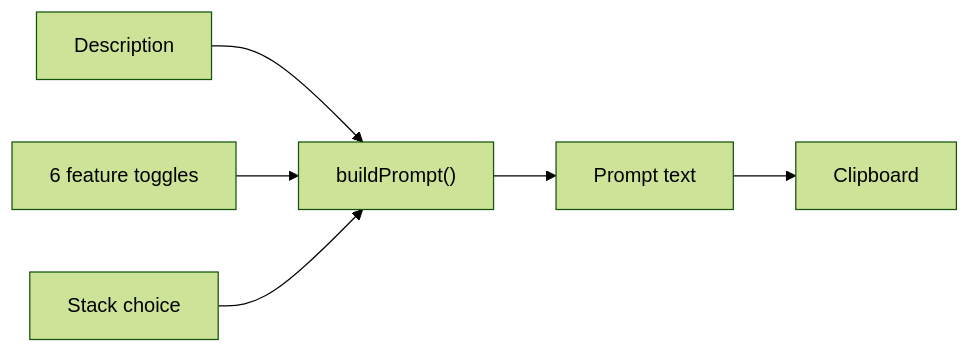
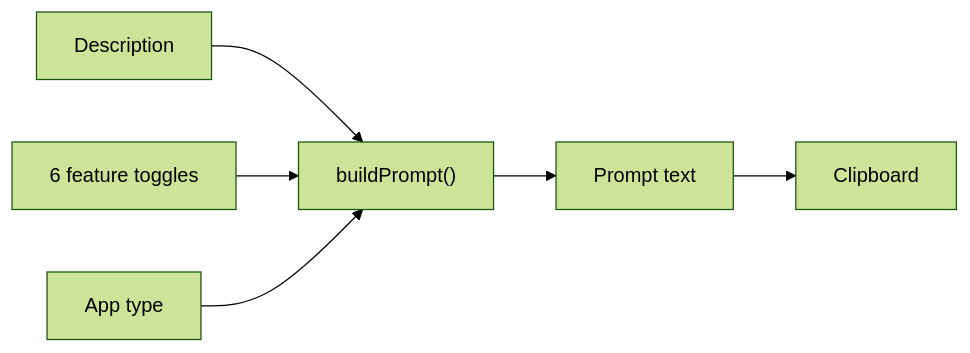
The diagram in README.md (bunlongheng/launchkit), drawn with Mermaid (forest theme) before and after one commit. The commit also changed other lines of this file and 9 other files, not shown here.

First line of the commit message:
feat: replace the stack picker with an app type that implies its stack

````diff
--- a/README.md
+++ b/README.md
@@ -63,8 +64,8 @@
 ```mermaid
 flowchart LR
     D[Description] --> B
     T[6 feature toggles] --> B
-    S[Stack choice] --> B
+    S[App type] --> B
     B["buildPrompt()"] --> P[Prompt text]
     P --> C[Clipboard]
 ```
````
